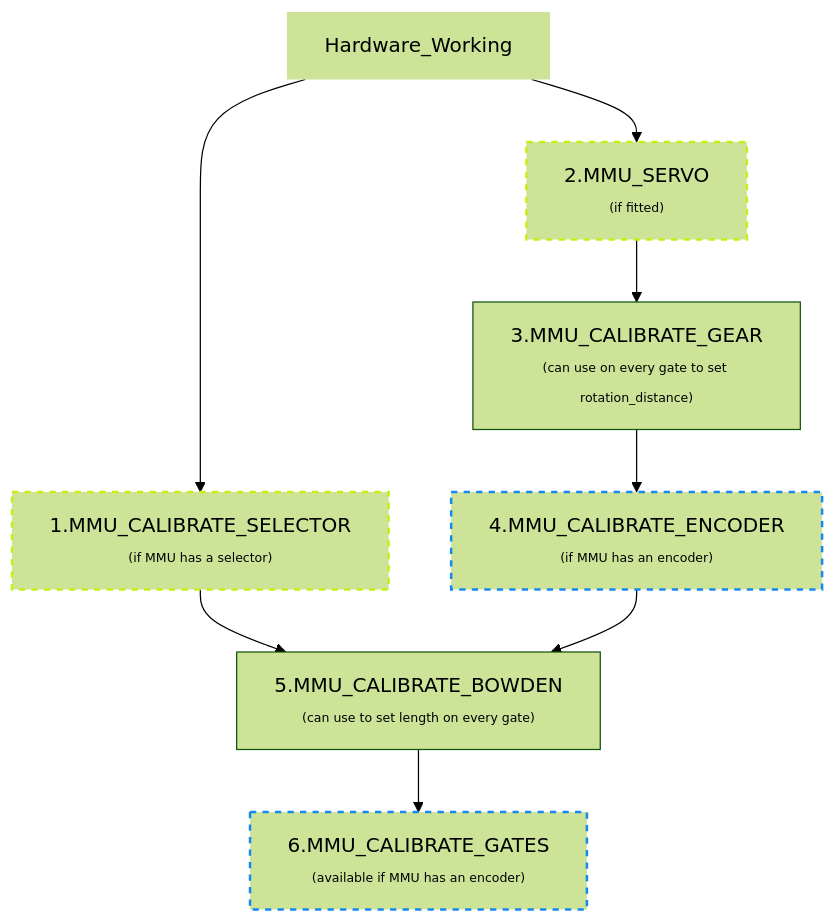
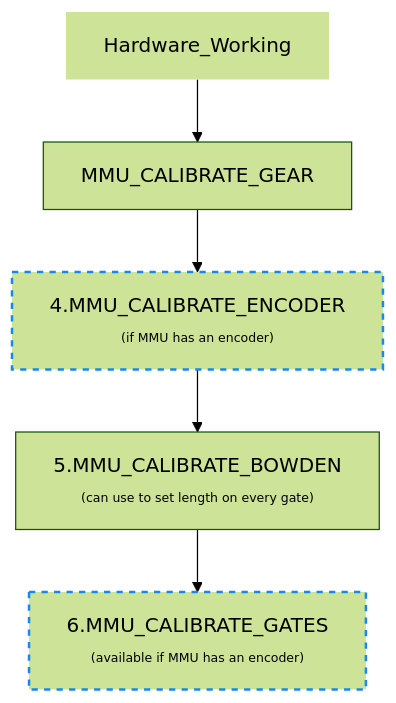
Before and after one commit to 3DCoded/Happy-Hare: the diagram in MMU-Calibration-TypeB.md, drawn with Mermaid (forest theme). The commit also changed other lines of this file, not shown here.

````diff
--- a/MMU-Calibration-TypeB.md
+++ b/MMU-Calibration-TypeB.md
@@ -29,16 +29,11 @@
 ```mermaid
 graph TD;
-    Hardware_Working --> MMU_SERVO["2.MMU_SERVO<br/><span style='font-size:10px'>(if fitted)</span>"]
-    Hardware_Working --> MMU_CALIBRATE_SELECTOR["1.MMU_CALIBRATE_SELECTOR<br/><span style='font-size:10px'>(if MMU has a selector)</span>"]
-    MMU_CALIBRATE_SELECTOR --> MMU_CALIBRATE_BOWDEN
-    MMU_SERVO --> MMU_CALIBRATE_GEAR["3.MMU_CALIBRATE_GEAR<br/><span style='font-size:10px'>(can use on every gate to set rotation_distance)</span>"]
+    Hardware_Working --> MMU_CALIBRATE_GEAR
     MMU_CALIBRATE_GEAR --> MMU_CALIBRATE_ENCODER["4.MMU_CALIBRATE_ENCODER<br/><span style='font-size:10px'>(if MMU has an encoder)</span>"]
     MMU_CALIBRATE_ENCODER --> MMU_CALIBRATE_BOWDEN["5.MMU_CALIBRATE_BOWDEN<br/><span style='font-size:10px'>(can use to set length on every gate)</span>"]
     MMU_CALIBRATE_BOWDEN --> MMU_CALIBRATE_GATES["6.MMU_CALIBRATE_GATES<br/><span style='font-size:10px'>(available if MMU has an encoder)</span>"]
 
     style Hardware_Working stroke-width:0px
-    style MMU_SERVO stroke-dasharray: 5 5, stroke:#c5f015, stroke-width:2px
-    style MMU_CALIBRATE_SELECTOR stroke-dasharray: 5 5, stroke:#c5f015, stroke-width:2px
     style MMU_CALIBRATE_ENCODER stroke-dasharray: 5 5, stroke:#1589f0, stroke-width:2px
     style MMU_CALIBRATE_GATES stroke-dasharray: 5 5, stroke:#1589f0, stroke-width:2px
 ```
````
